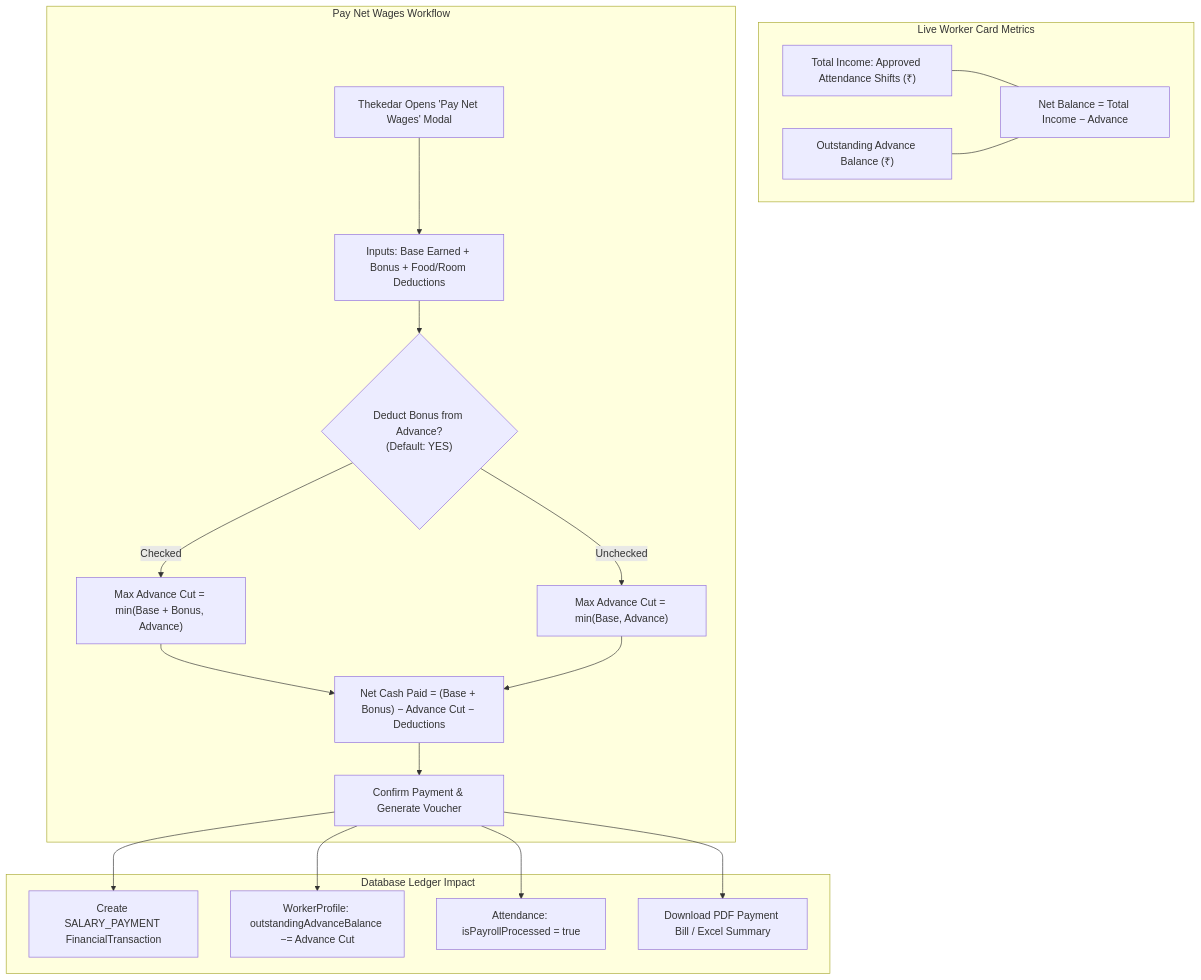
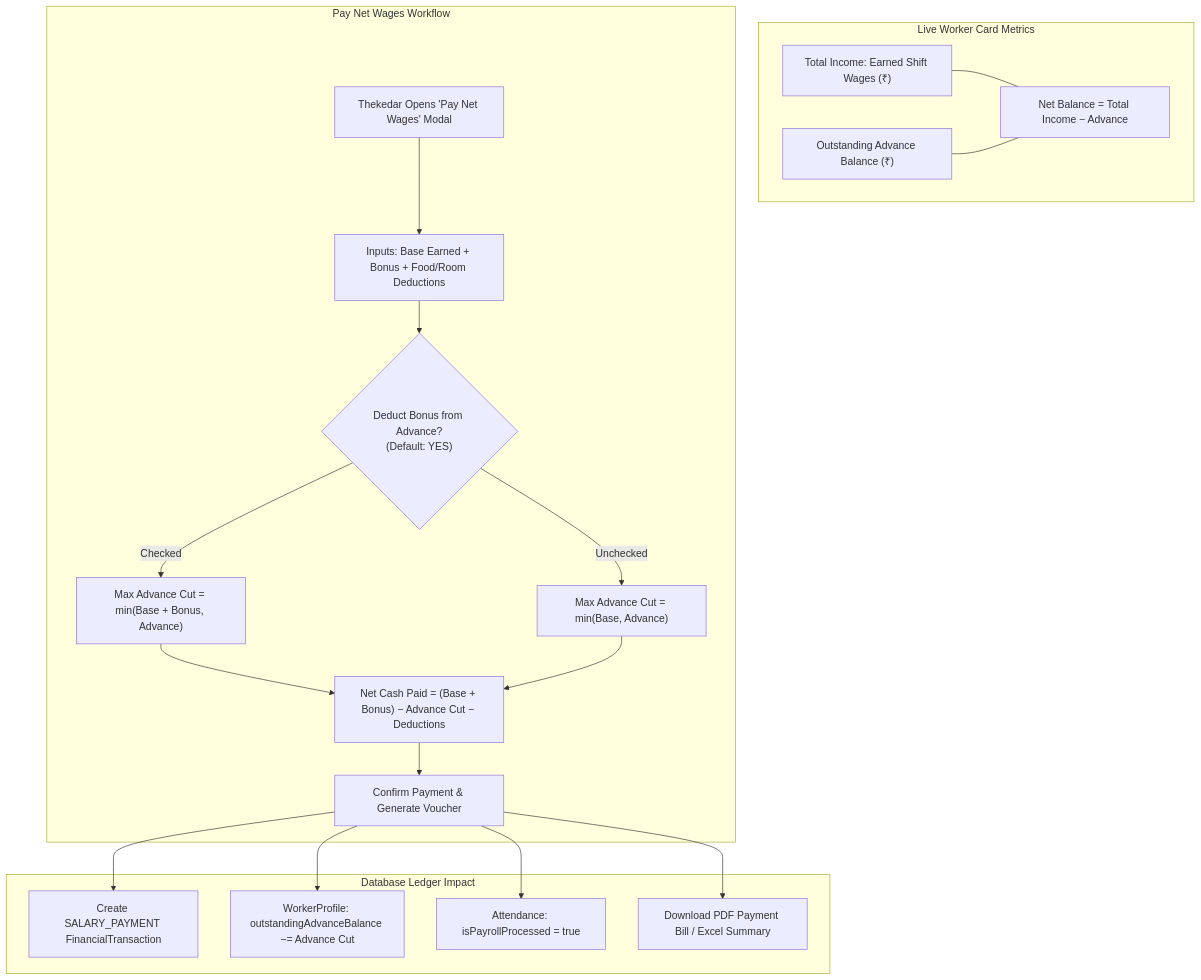
Before and after one commit to ranjit-sharma/FurniCraft: the fourth of 5 diagrams in README.md, drawn with Mermaid. The commit also changed other lines of this file and 2 other files, not shown here.

Commit message:
feat(attendance): direct Thekedar-only single-tap shift recording; eliminate approval queues

````diff
--- a/README.md
+++ b/README.md
@@ -153,33 +147,33 @@
 ```mermaid
 flowchart TD
     subgraph LedgerStatus["Live Worker Card Metrics"]
-        TI["Total Income: Approved Attendance Shifts (₹)"]
+        TI["Total Income: Earned Shift Wages (₹)"]
         ADV["Outstanding Advance Balance (₹)"]
         NB["Net Balance = Total Income − Advance"]
         TI --- NB
         ADV --- NB
     end
 
     subgraph PayNetModal["Pay Net Wages Workflow"]
         OpenModal["Thekedar Opens 'Pay Net Wages' Modal"]
         Inputs["Inputs: Base Earned + Bonus + Food/Room Deductions"]
         BonusDeductToggle{"Deduct Bonus from Advance?<br/>(Default: YES)"}
         
         OpenModal --> Inputs --> BonusDeductToggle
         
         BonusDeductToggle -- Checked --> MaxCut["Max Advance Cut = min(Base + Bonus, Advance)"]
         BonusDeductToggle -- Unchecked --> BaseOnlyCut["Max Advance Cut = min(Base, Advance)"]
         
         MaxCut --> NetFormula["Net Cash Paid = (Base + Bonus) − Advance Cut − Deductions"]
         BaseOnlyCut --> NetFormula
         
         NetFormula --> Confirm["Confirm Payment & Generate Voucher"]
     end
 
     subgraph Persistence["Database Ledger Impact"]
         Confirm --> CreateTxn["Create SALARY_PAYMENT FinancialTransaction"]
         Confirm --> RedAdv["WorkerProfile: outstandingAdvanceBalance −= Advance Cut"]
         Confirm --> MarkAtt["Attendance: isPayrollProcessed = true"]
         Confirm --> GenBill["Download PDF Payment Bill / Excel Summary"]
     end
 ```
````
